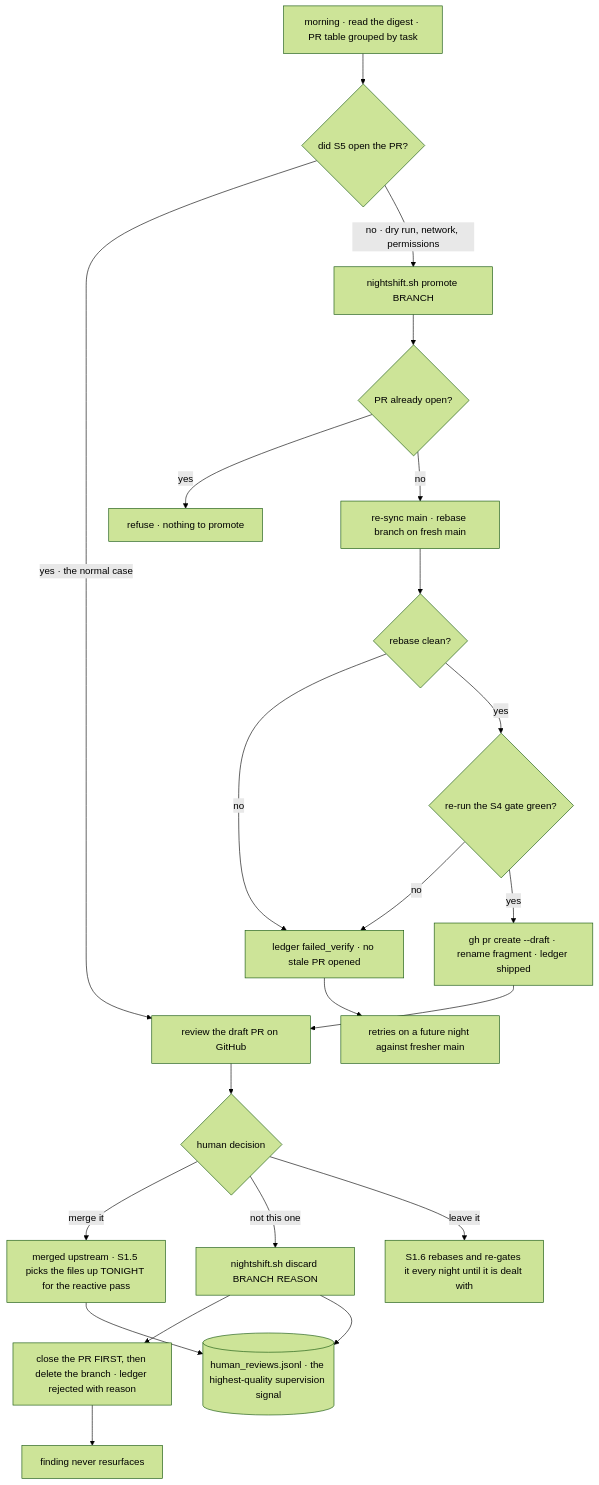
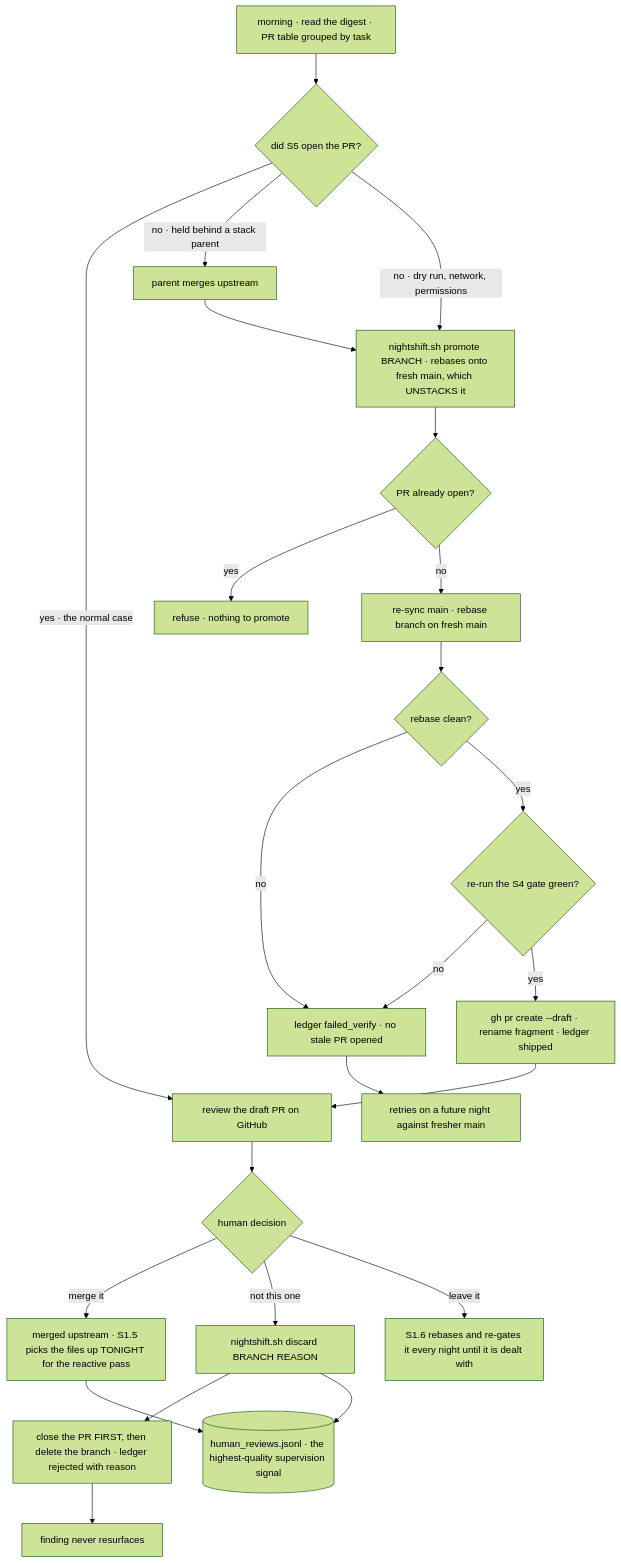
One commit to ayushmk7/NightShift changed the second of 4 diagrams in WORKFLOW.md. Above: the diagram before and after it, drawn with Mermaid (forest theme). The commit also changed other lines of this file and 8 other files, not shown here.

````diff
--- a/WORKFLOW.md
+++ b/WORKFLOW.md
@@ -217,26 +229,28 @@
 ```mermaid
 flowchart TD
     START["morning · read the digest · PR table grouped by task"] --> WHERE{"did S5 open the PR?"}
     WHERE -->|"yes · the normal case"| GH["review the draft PR on GitHub"]
     GH --> HM{"human decision"}
     HM -->|"merge it"| MERGED["merged upstream · S1.5 picks the files up TONIGHT for the reactive pass"]
     HM -->|"not this one"| DISC["nightshift.sh discard BRANCH REASON"]
     HM -->|"leave it"| INV["S1.6 rebases and re-gates it every night until it is dealt with"]
 
-    WHERE -->|"no · dry run, network, permissions"| PROM["nightshift.sh promote BRANCH"]
+    WHERE -->|"no · held behind a stack parent"| WAIT["parent merges upstream"]
+    WAIT --> PROM
+    WHERE -->|"no · dry run, network, permissions"| PROM["nightshift.sh promote BRANCH · rebases onto fresh main, which UNSTACKS it"]
     PROM --> DUP{"PR already open?"}
     DUP -->|"yes"| REFUSE["refuse · nothing to promote"]
     DUP -->|"no"| P1["re-sync main · rebase branch on fresh main"]
     P1 --> RB{"rebase clean?"}
     RB -->|"no"| DEMO["ledger failed_verify · no stale PR opened"]
     RB -->|"yes"| REGATE{"re-run the S4 gate green?"}
     REGATE -->|"no"| DEMO
     REGATE -->|"yes"| PR["gh pr create --draft · rename fragment · ledger shipped"]
     PR --> GH
 
     DISC --> CLOSE["close the PR FIRST, then delete the branch · ledger rejected with reason"]
     CLOSE --> BURIED["finding never resurfaces"]
     DEMO --> RETRY["retries on a future night against fresher main"]
     MERGED --> HR[("human_reviews.jsonl · the highest-quality supervision signal")]
     DISC --> HR
 ```
````
